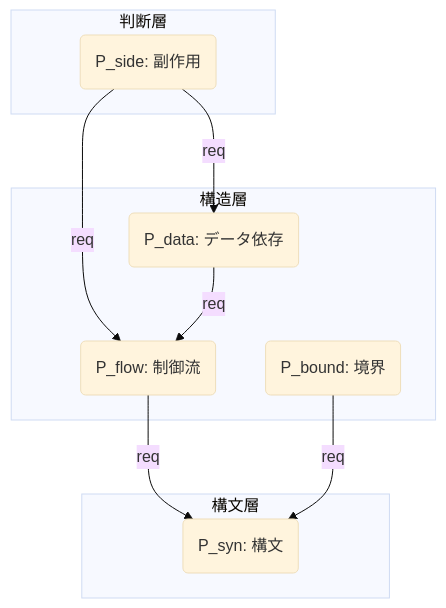
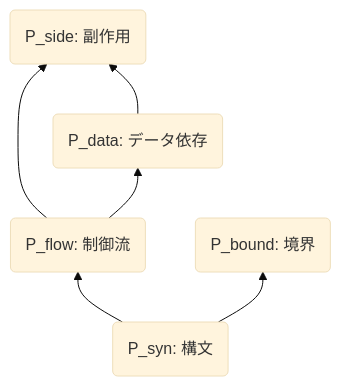
One commit to innovativecodejp/cobol-structure-analysis-lab changed the first of 3 diagrams in docs/10_Dependent-Guarantee-Space.md. Above: the diagram before and after it, drawn with Mermaid (base theme). The commit also changed other lines of this file, not shown here.

````diff
--- a/docs/10_Dependent-Guarantee-Space.md
+++ b/docs/10_Dependent-Guarantee-Space.md
@@ -144,29 +158,18 @@
 ```mermaid
-graph TD
+graph BT
     %% Nodes
     P_side(P_side: 副作用)
     P_data(P_data: データ依存)
     P_flow(P_flow: 制御流)
     P_bound(P_bound: 境界)
     P_syn(P_syn: 構文)
 
-    %% Dependencies (Requires)
-    P_side -->|req| P_data
-    P_side -->|req| P_flow
-    P_data -->|req| P_flow
-    P_flow -->|req| P_syn
-    P_bound -->|req| P_syn
+    %% Order Relations (p_j <= p_i implies edge p_j --> p_i)
+    P_syn --> P_flow
+    P_syn --> P_bound
+    P_flow --> P_data
+    P_flow --> P_side
+    P_data --> P_side
     
-    %% Semantic Layers
-    subgraph DecisionLayer [判断層]
-        P_side
-    end
-    subgraph StructureLayer [構造層]
-        P_data
-        P_flow
-        P_bound
-    end
-    subgraph SyntaxLayer [構文層]
-        P_syn
-    end
+    %% Implicit transitivity: P_syn --> P_data, P_syn --> P_side
 ```
````
